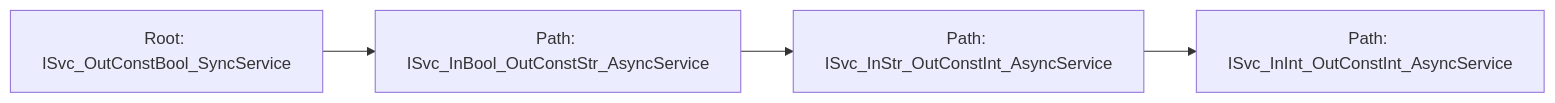
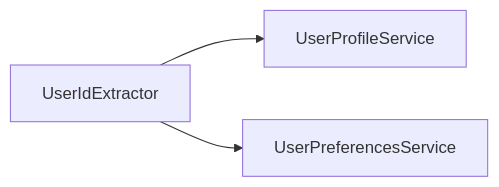
Before and after one commit to stiproot/xo-tasktree: the fourth of 4 diagrams in README.md, drawn with Mermaid. The commit also changed other lines of this file and 6 other files, not shown here.

````diff
--- a/README.md
+++ b/README.md
@@ -142,6 +305,5 @@
 ```mermaid
 graph LR
-    A[Root: ISvc_OutConstBool_SyncService] --> B[Path: ISvc_InBool_OutConstStr_AsyncService]
-    B --> C[Path: ISvc_InStr_OutConstInt_AsyncService]
-    C --> D[Path: ISvc_InInt_OutConstInt_AsyncService]
+    A[UserIdExtractor] --> B[UserProfileService]
+    A --> C[UserPreferencesService]
 ```
````
